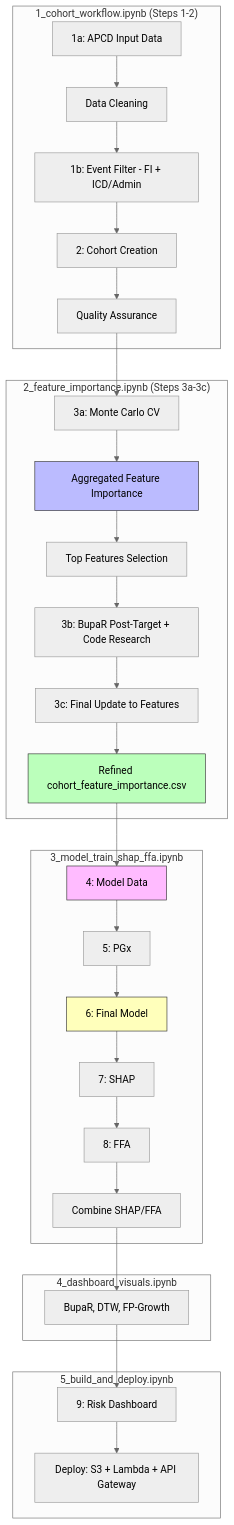
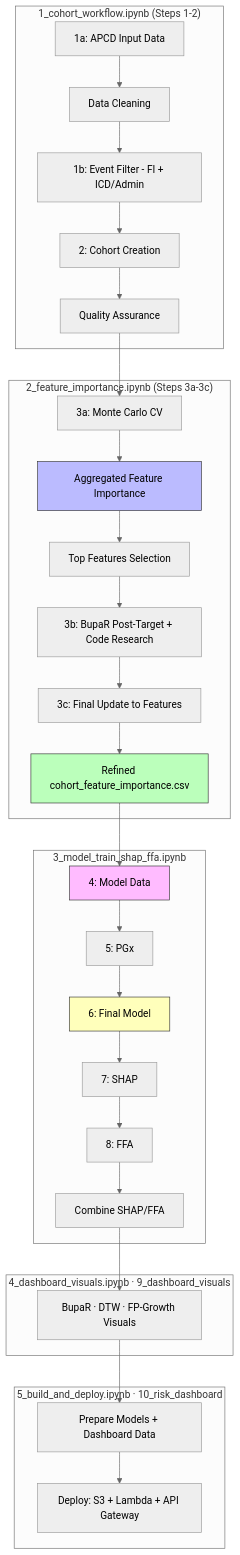
One commit to Jerome3590/pgx-analysis changed the diagram in docs/Step4_ModelData/README_feature_engineering_and_analysis.md. Above: the diagram before and after it, drawn with Mermaid (neutral theme). The commit also changed other lines of this file and 14 other files, not shown here.

````diff
--- a/docs/Step4_ModelData/README_feature_engineering_and_analysis.md
+++ b/docs/Step4_ModelData/README_feature_engineering_and_analysis.md
@@ -34,41 +34,41 @@
 ```mermaid
 flowchart TD
     subgraph W1["1_cohort_workflow.ipynb (Steps 1-2)"]
         A1[1a: APCD Input Data] --> A2[Data Cleaning]
         A2 --> A1b[1b: Event Filter - FI + ICD/Admin]
         A1b --> A3[2: Cohort Creation]
         A3 --> A4[Quality Assurance]
     end
 
     subgraph W2["2_feature_importance.ipynb (Steps 3a-3c)"]
         A4 --> B1[3a: Monte Carlo CV]
         B1 --> B2[Aggregated Feature Importance]
         B2 --> B3[Top Features Selection]
         B3 --> B4[3b: BupaR Post-Target + Code Research]
         B4 --> B5[3c: Final Update to Features]
         B5 --> B6[Refined cohort_feature_importance.csv]
     end
 
     subgraph W3["3_model_train_shap_ffa.ipynb"]
         B6 --> C1[4: Model Data]
         C1 --> D1[5: PGx]
         D1 --> E1[6: Final Model]
         E1 --> E4[7: SHAP]
         E4 --> F2[8: FFA]
         F2 --> F1[Combine SHAP/FFA]
     end
 
-    subgraph W4["4_dashboard_visuals.ipynb"]
-        F1 --> G0[BupaR, DTW, FP-Growth]
+    subgraph W4["4_dashboard_visuals.ipynb · 9_dashboard_visuals"]
+        F1 --> G0[BupaR · DTW · FP-Growth Visuals]
     end
 
-    subgraph W5["5_build_and_deploy.ipynb"]
-        G0 --> G1[9: Risk Dashboard]
+    subgraph W5["5_build_and_deploy.ipynb · 10_risk_dashboard"]
+        G0 --> G1[Prepare Models + Dashboard Data]
         G1 --> G5[Deploy: S3 + Lambda + API Gateway]
     end
 
     style B2 fill:#bbf,stroke:#333
     style B6 fill:#bfb,stroke:#333
     style C1 fill:#fbf,stroke:#333
     style E1 fill:#ffb,stroke:#333
 ```
````
